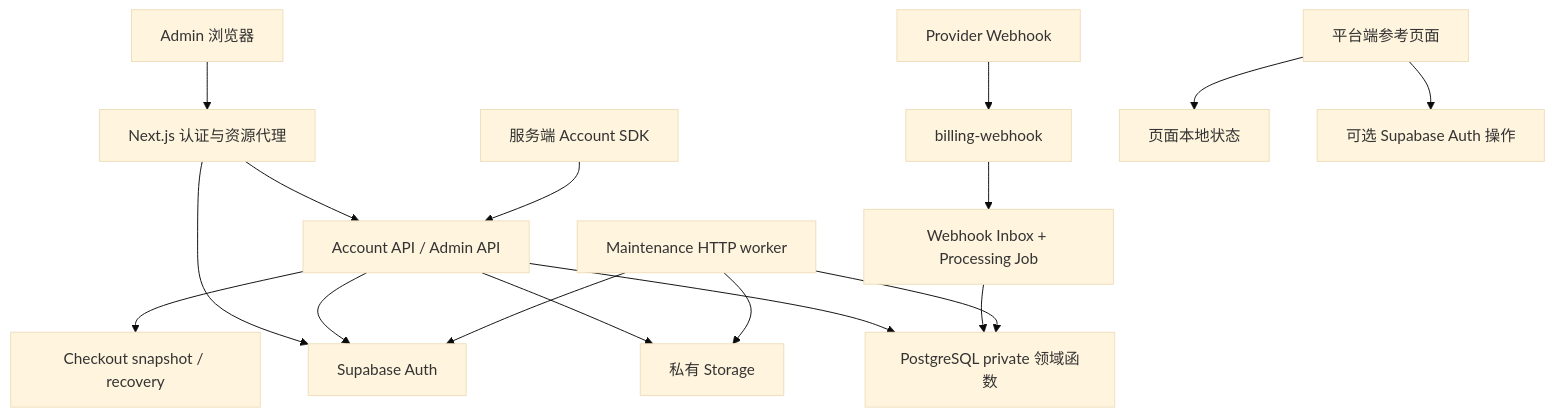
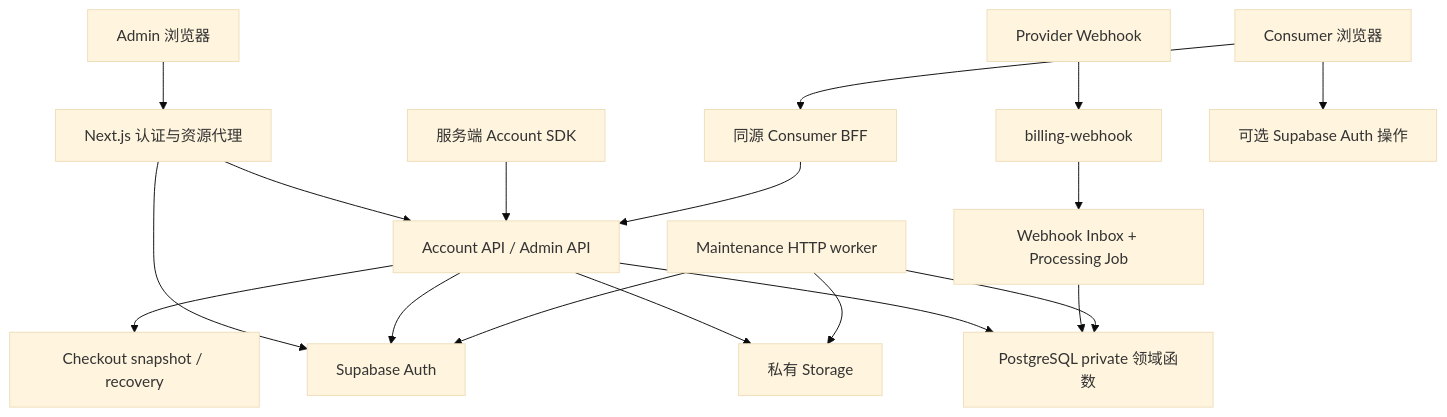
Before and after one commit to aisenhub/Aisenhubplatform: the diagram in docs/architecture/overview.md, drawn with Mermaid (base theme). The commit also changed other lines of this file and 10 other files, not shown here.

````diff
--- a/docs/architecture/overview.md
+++ b/docs/architecture/overview.md
@@ -24,19 +24,20 @@
 ```mermaid
 flowchart TD
   Admin[Admin 浏览器] --> Next[Next.js 认证与资源代理]
   Next --> Auth[Supabase Auth]
   Next --> API[Account API / Admin API]
   SDK[服务端 Account SDK] --> API
   API --> Auth
   API --> SQL[PostgreSQL private 领域函数]
   API --> Storage[私有 Storage]
   API --> Checkout[Checkout snapshot / recovery]
   Provider[Provider Webhook] --> Webhook[billing-webhook]
   Webhook --> Inbox[Webhook Inbox + Processing Job]
   Inbox --> SQL
   Worker[Maintenance HTTP worker] --> SQL
   Worker --> Storage
   Worker --> Auth
-  Preview[平台端参考页面] --> Local[页面本地状态]
+  Preview[Consumer 浏览器] --> PreviewBff[同源 Consumer BFF]
+  PreviewBff --> API
   Preview --> OptionalAuth[可选 Supabase Auth 操作]
 ```
````
